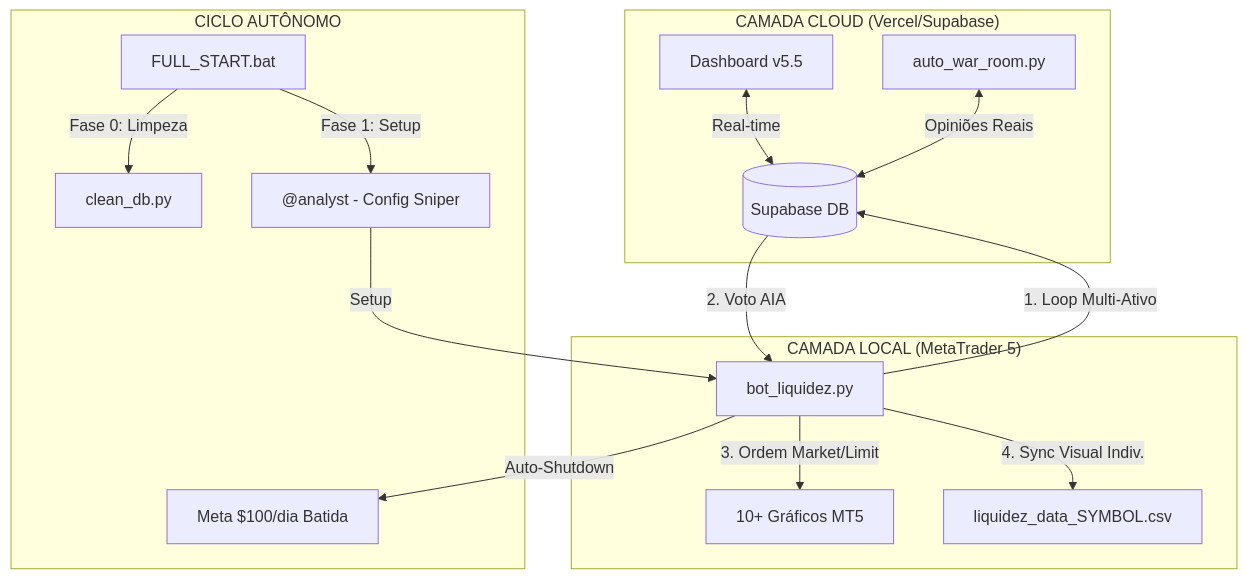
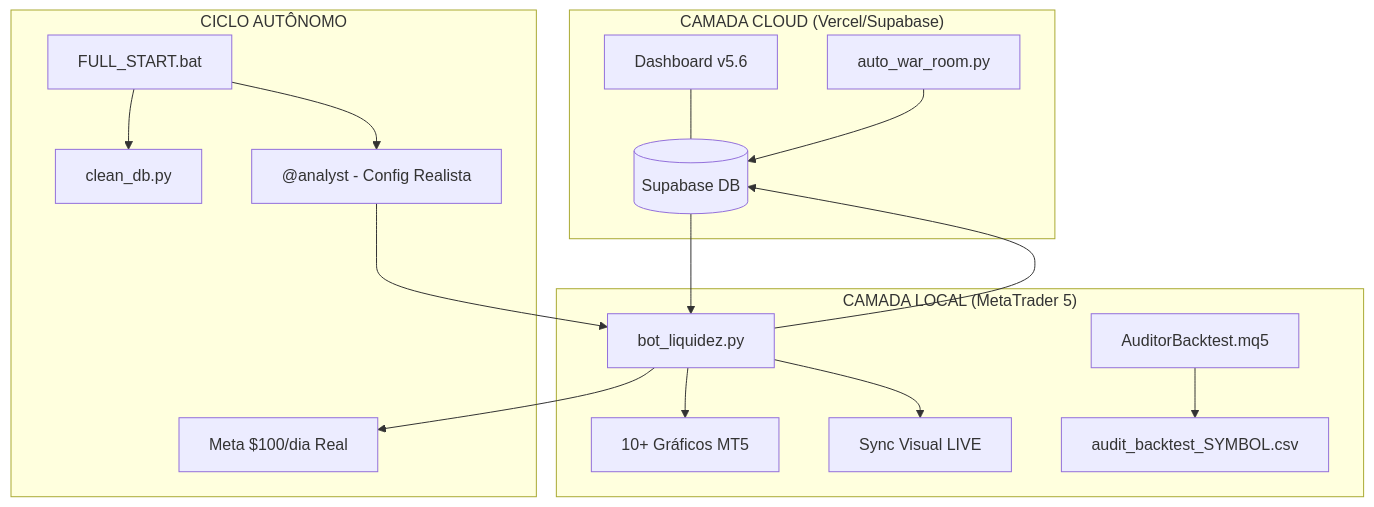
The diagram in squads/trade-liquidez-python/docs/README_SQUAD.md (tiagoelesbao/trade), drawn with Mermaid before and after one commit. The commit also changed other lines of this file and 23 other files, not shown here.

````diff
--- a/squads/trade-liquidez-python/docs/README_SQUAD.md
+++ b/squads/trade-liquidez-python/docs/README_SQUAD.md
@@ -16,21 +16,22 @@
 ```mermaid
 graph TD
     subgraph "CAMADA CLOUD (Vercel/Supabase)"
-    A["Dashboard v5.5"] <-->|Real-time| B[("Supabase DB")]
-    H["auto_war_room.py"] <-->|Opiniões Reais| B
+    A["Dashboard v5.6"] --- B[("Supabase DB")]
+    H["auto_war_room.py"] --> B
     end
 
     subgraph "CAMADA LOCAL (MetaTrader 5)"
-    C["bot_liquidez.py"] -->|1. Loop Multi-Ativo| B
-    B -->|2. Voto AIA| C
-    C -->|3. Ordem Market/Limit| D["10+ Gráficos MT5"]
-    C -->|4. Sync Visual Indiv.| E["liquidez_data_SYMBOL.csv"]
+    C["bot_liquidez.py"] --> B
+    B --> C
+    C --> D["10+ Gráficos MT5"]
+    C --> E["Sync Visual LIVE"]
+    F["AuditorBacktest.mq5"] --> G["audit_backtest_SYMBOL.csv"]
     end
 
     subgraph "CICLO AUTÔNOMO"
-    G["FULL_START.bat"] -->|Fase 0: Limpeza| K["clean_db.py"]
-    G -->|Fase 1: Setup| I["@analyst - Config Sniper"]
-    I -->|Setup| C
-    C -->|Auto-Shutdown| J["Meta $100/dia Batida"]
+    G1["FULL_START.bat"] --> K["clean_db.py"]
+    G1 --> I["@analyst - Config Realista"]
+    I --> C
+    C --> J["Meta $100/dia Real"]
     end
 ```
````
